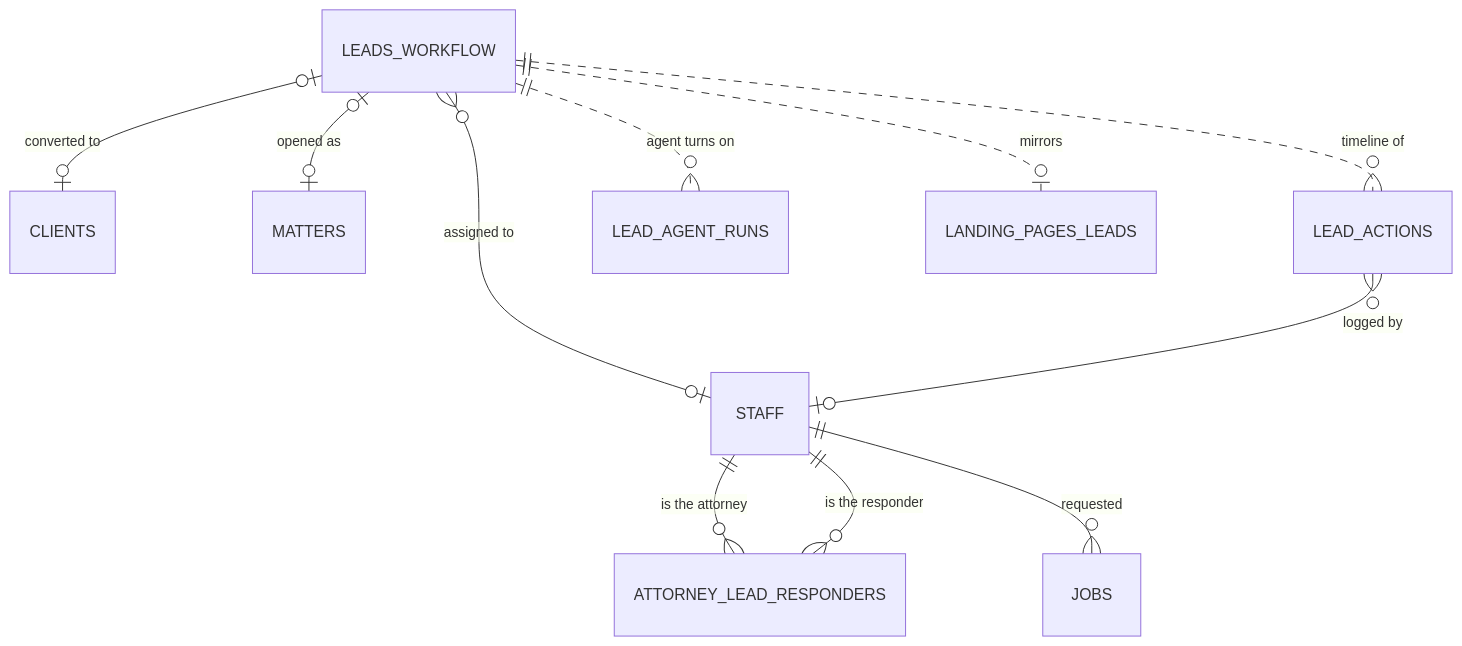
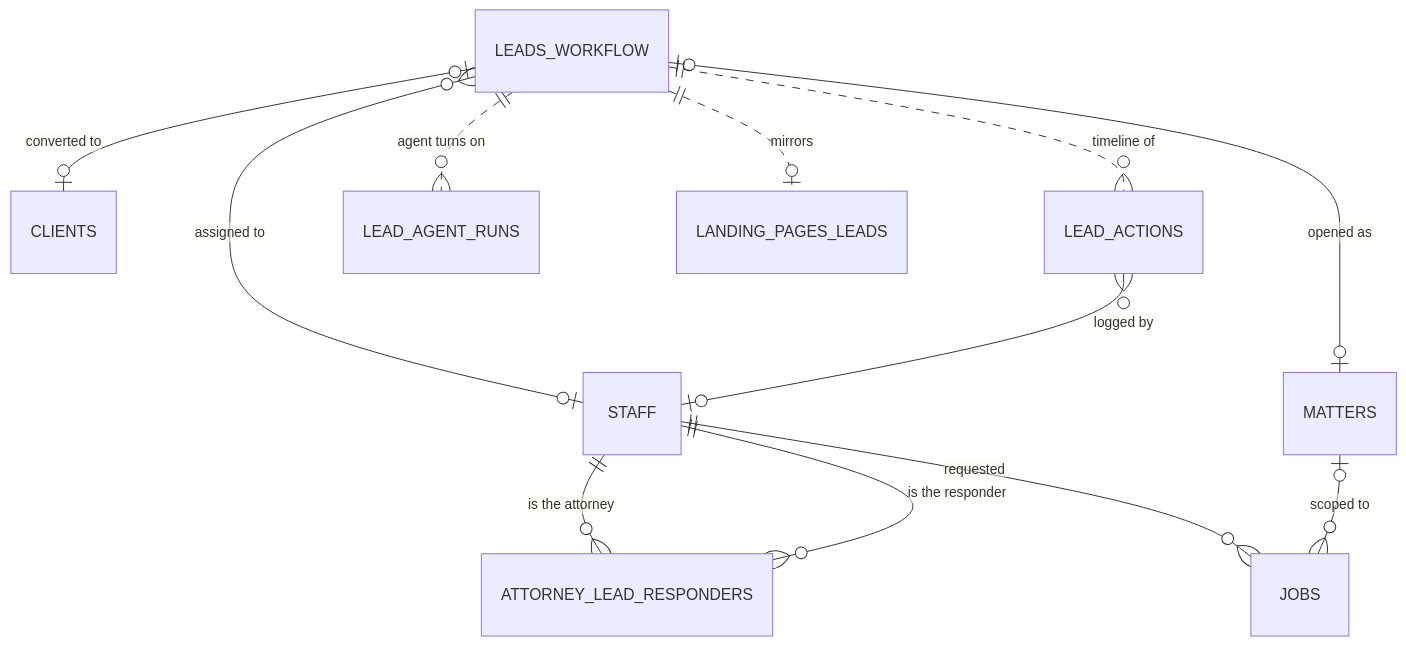
The third of 8 diagrams in docs/erd.md (tjdaley/cyclone), drawn with Mermaid before and after one commit. The commit also changed other lines of this file and 36 other files, not shown here.

````diff
--- a/docs/erd.md
+++ b/docs/erd.md
@@ -73,13 +73,14 @@
 ```mermaid
 erDiagram
     LEADS_WORKFLOW           }o--o| STAFF : "assigned to"
     LEADS_WORKFLOW           |o--o| CLIENTS : "converted to"
     LEADS_WORKFLOW           |o--o| MATTERS : "opened as"
     LEADS_WORKFLOW           ||..o{ LEAD_ACTIONS : "timeline of"
     LEADS_WORKFLOW           ||..o{ LEAD_AGENT_RUNS : "agent turns on"
     LEADS_WORKFLOW           ||..o| LANDING_PAGES_LEADS : "mirrors"
     LEAD_ACTIONS             }o--o| STAFF : "logged by"
     STAFF                    ||--o{ ATTORNEY_LEAD_RESPONDERS : "is the attorney"
     STAFF                    ||--o{ ATTORNEY_LEAD_RESPONDERS : "is the responder"
     STAFF                    ||--o{ JOBS : requested
+    MATTERS                  |o--o{ JOBS : "scoped to"
 ```
````
